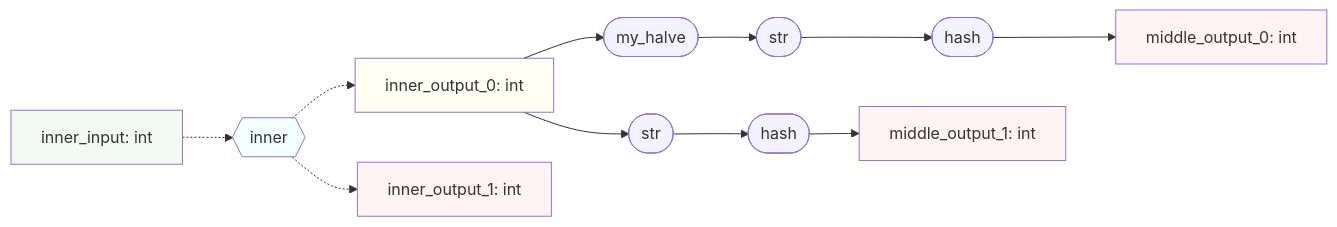
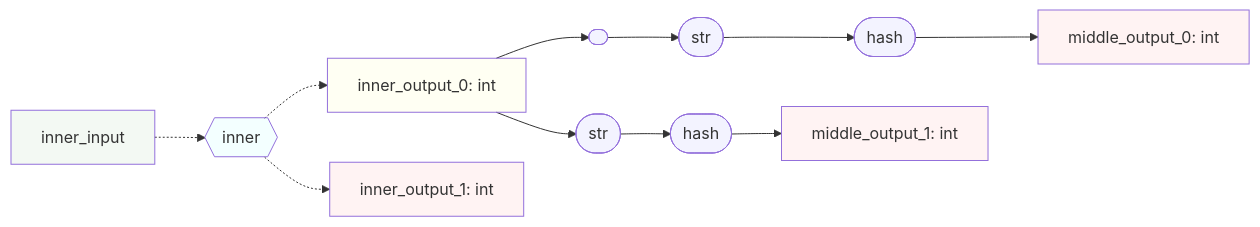
Before and after one commit to rharris115/callable-graph: the second of 3 diagrams in CallableGraph.MD, drawn with Mermaid. The commit also changed other lines of this file and 11 other files, not shown here.

````diff
--- a/CallableGraph.MD
+++ b/CallableGraph.MD
@@ -27,25 +27,25 @@
 ```mermaid
 graph LR
 
   %% Subgraph Edges
-  dn_inner_input["inner_input: int"]:::ks -.-> sg_inner{{"inner"}}:::ss
+  dn_inner_input["inner_input"]:::ks -.-> sg_inner{{"inner"}}:::ss
   sg_inner -.-> dn_inner_output_0["inner_output_0: int"]:::is
   sg_inner -.-> dn_inner_output_1["inner_output_1: int"]:::ts
 
   %% Top Level Edges
-  dn_inner_output_0 --> f_2_0(["my_halve"]):::fs
+  dn_inner_output_0 --> f_2_0(["<lambda>"]):::fs
   f_2_0 --> f_2_1(["str"]):::fs
   f_2_1 --> f_2_2(["hash"]):::fs
   f_2_2 --> dn_middle_output_0["middle_output_0: int"]:::ts
   dn_inner_output_0 --> f_3_0(["str"]):::fs
   f_3_0 --> f_3_1(["hash"]):::fs
   f_3_1 --> dn_middle_output_1["middle_output_1: int"]:::ts
 
   %% Styling
   classDef ks fill:#0080000c;
   classDef is fill:#ffff000c;
   classDef ts fill:#ff00000c;
   classDef ss fill:#00ffff0c;
   classDef fs fill:#0000ff0c;
   classDef rs fill:#ff00007f;
 ```
````
